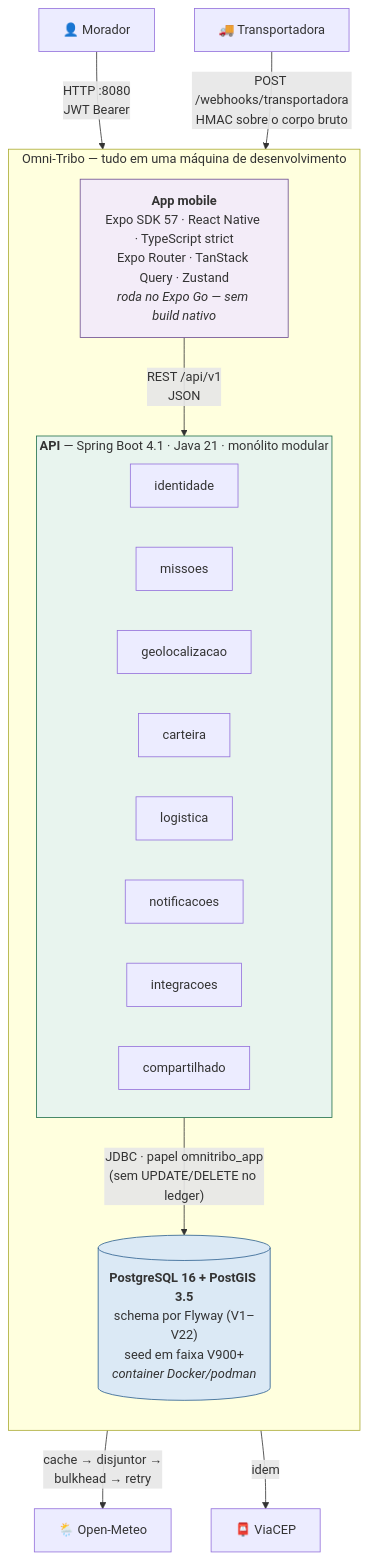
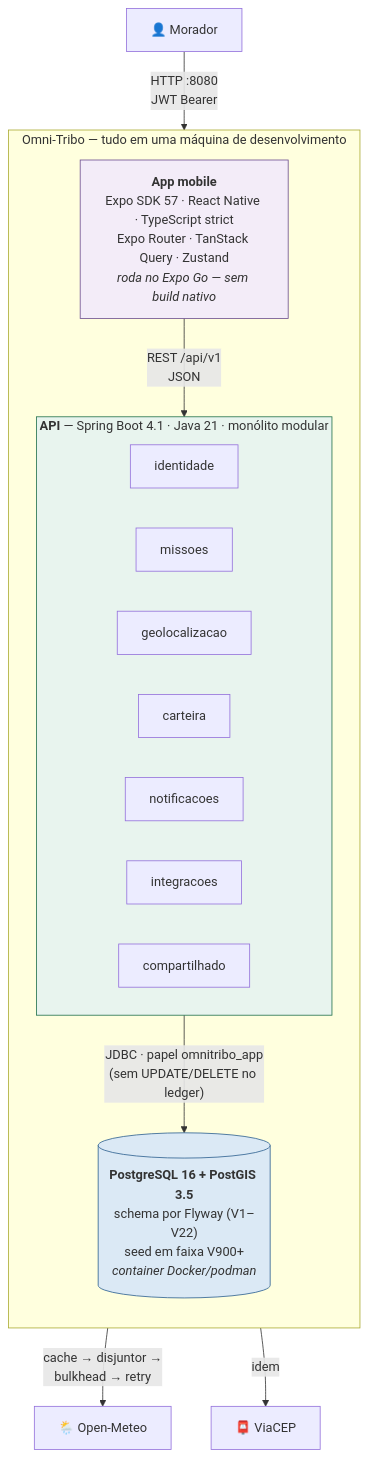
The second of 2 diagrams in docs/diagramas/c4-contexto-e-conteineres.md (RenanFerreira02/Omni-Tribo-PBL), drawn with Mermaid before and after one commit. The commit also changed other lines of this file and 760 other files, not shown here.

````diff
--- a/docs/diagramas/c4-contexto-e-conteineres.md
+++ b/docs/diagramas/c4-contexto-e-conteineres.md
@@ -51,38 +49,35 @@
 ```mermaid
 flowchart TB
     morador["👤 Morador"]
-    transportadora["🚚 Transportadora"]
 
     subgraph sistema ["Omni-Tribo — tudo em uma máquina de desenvolvimento"]
         direction TB
         app["<b>App mobile</b><br/>Expo SDK 57 · React Native · TypeScript strict<br/>Expo Router · TanStack Query · Zustand<br/><i>roda no Expo Go — sem build nativo</i>"]
 
         subgraph api ["<b>API</b> — Spring Boot 4.1 · Java 21 · monólito modular"]
             direction LR
             identidade["identidade"]
             missoes["missoes"]
             geo["geolocalizacao"]
             carteira["carteira"]
-            logistica["logistica"]
             notificacoes["notificacoes"]
             integracoes["integracoes"]
             compartilhado["compartilhado"]
         end
 
         banco[("<b>PostgreSQL 16 + PostGIS 3.5</b><br/>schema por Flyway (V1–V22)<br/>seed em faixa V900+<br/><i>container Docker/podman</i>")]
     end
 
     meteo["🌦️ Open-Meteo"]
     viacep["📮 ViaCEP"]
 
     morador -->|"HTTP :8080<br/>JWT Bearer"| app
     app -->|"REST /api/v1<br/>JSON"| api
-    transportadora -->|"POST /webhooks/transportadora<br/>HMAC sobre o corpo bruto"| api
     api -->|"JDBC · papel omnitribo_app<br/>(sem UPDATE/DELETE no ledger)"| banco
     api -->|"cache → disjuntor →<br/>bulkhead → retry"| meteo
     api -->|"idem"| viacep
 
     style api fill:#e8f4ee,stroke:#1f6f4a
     style banco fill:#dbe9f5,stroke:#2b5f8f
     style app fill:#f3ecf8,stroke:#6b4d8f
 ```
````
